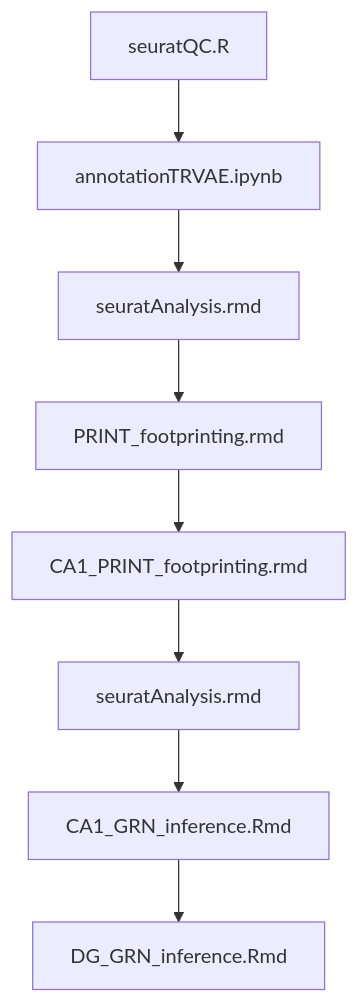
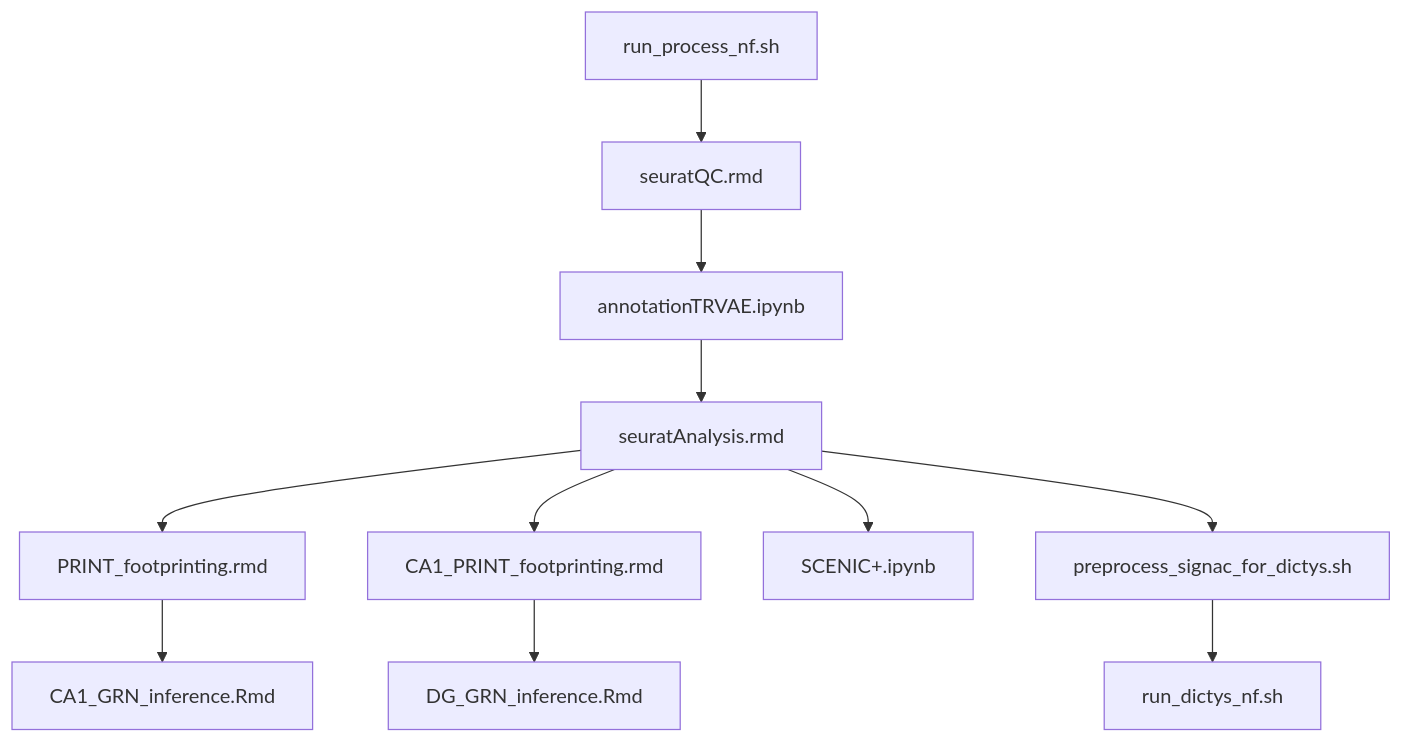
Before and after one commit to AndyCGraham/thesis: the diagram in README.md, drawn with Mermaid. The commit also changed other lines of this file and 13 other files, not shown here.

````diff
--- a/README.md
+++ b/README.md
@@ -27,10 +26,13 @@
 ```mermaid
-graph TD;
-    A[seuratQC.R] --> B[annotationTRVAE.ipynb];
-    B --> C[seuratAnalysis.rmd];
-    C --> D[PRINT_footprinting.rmd];
-    D --> E[CA1_PRINT_footprinting.rmd];
-    E --> F[seuratAnalysis.rmd];
-    F --> G[CA1_GRN_inference.Rmd];
-    G --> H[DG_GRN_inference.Rmd];
+    graph TD;
+        A[run_process_nf.sh] --> B[seuratQC.rmd];
+        B --> C[annotationTRVAE.ipynb];
+        C --> D[seuratAnalysis.rmd];
+        D --> E[PRINT_footprinting.rmd];
+        D --> F[CA1_PRINT_footprinting.rmd];
+        D --> G[SCENIC+.ipynb];
+        D --> H[preprocess_signac_for_dictys.sh];
+        H --> I[run_dictys_nf.sh];
+        E --> J[CA1_GRN_inference.Rmd];
+        F --> K[DG_GRN_inference.Rmd];
 ```
````
